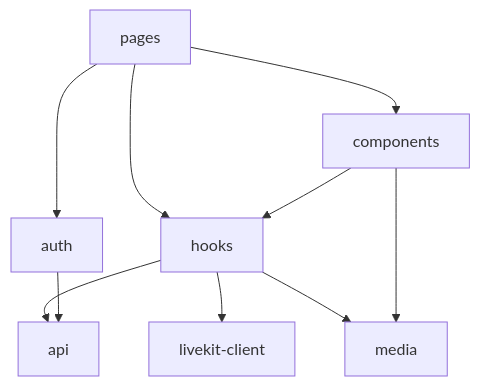
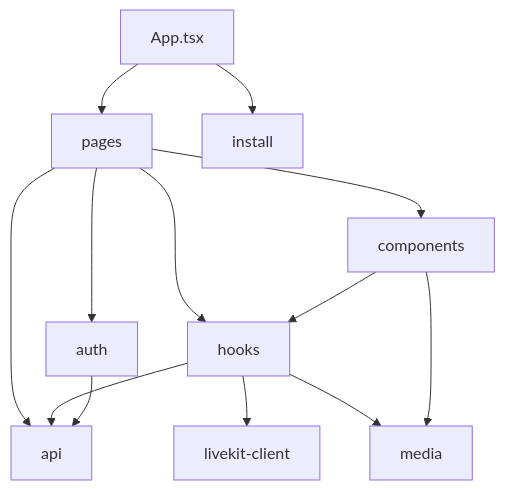
One commit to Hbrauveres/xove changed the second of 3 diagrams in docs/architecture.md. Above: the diagram before and after it, drawn with Mermaid. The commit also changed other lines of this file and 5 other files, not shown here.

````diff
--- a/docs/architecture.md
+++ b/docs/architecture.md
@@ -36,12 +38,15 @@
 ```mermaid
 flowchart TD
   P[pages] --> C[components]
   P --> H[hooks]
+  P --> A[api]
   C --> H
-  H --> A[api]
+  H --> A
   H --> LK[livekit-client]
   H --> M[media]
   C --> M
   P --> AU[auth]
   AU --> A
+  APP[App.tsx] --> I[install]
+  APP --> P
 ```
````
